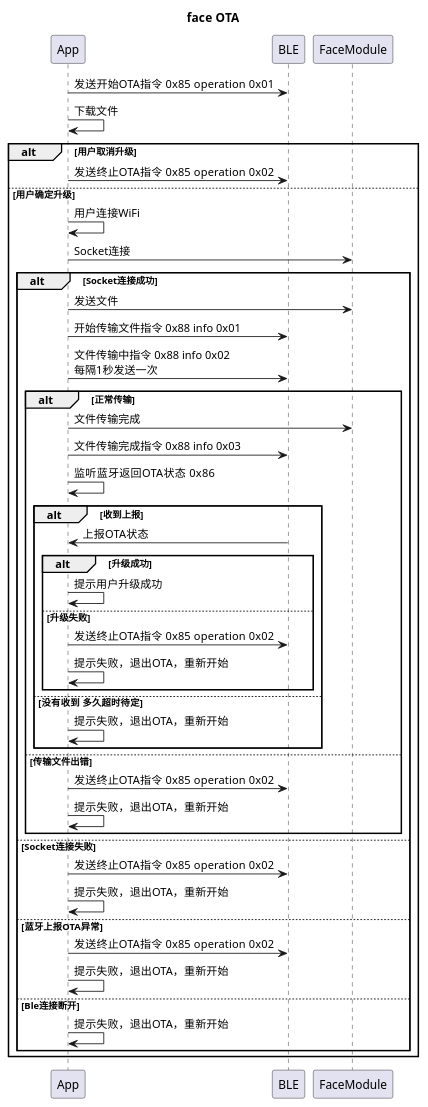
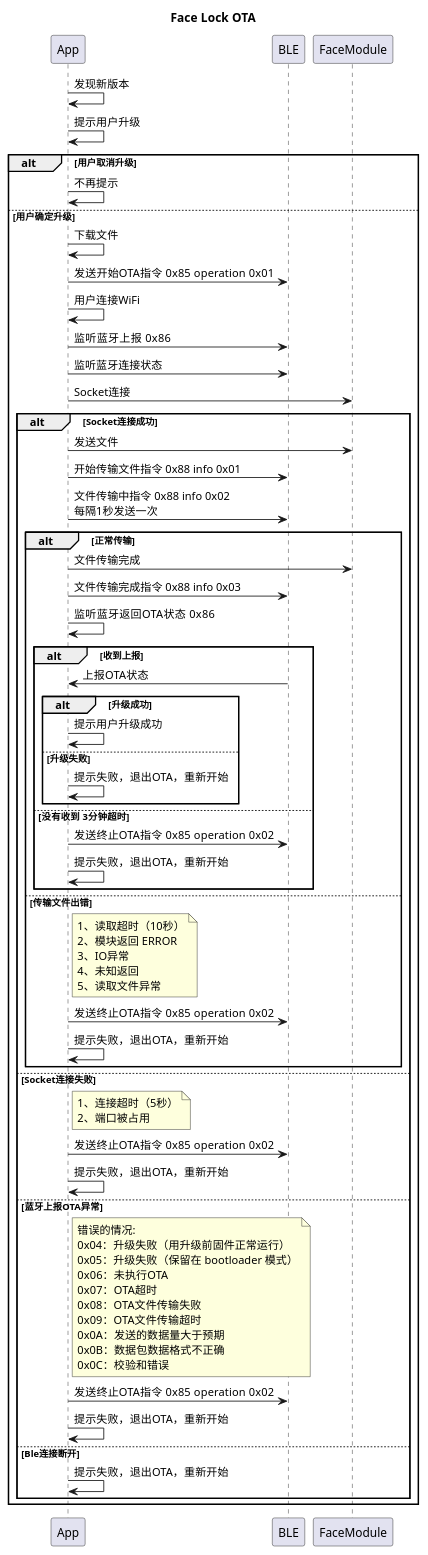
The diagram in app/src/main/java/com/FACE OTA.puml (kakabuli/LockHomeKey), drawn with PlantUML before and after one commit. The commit also changed 16 other files, not shown here.

```diff
--- a/app/src/main/java/com/FACE OTA.puml
+++ b/app/src/main/java/com/FACE OTA.puml
@@ -1,43 +1,51 @@
 @startuml
-title face OTA
-    App->BLE: 发送开始OTA指令  0x85 operation 0x01
-    App->App: 下载文件
+title Face Lock OTA
+    App->App: 发现新版本
+    App->App: 提示用户升级
     alt  用户取消升级
-         App->BLE: 发送终止OTA指令  0x85 operation 0x02
+        App->App:不再提示
     else 用户确定升级
-            App->App:用户连接WiFi
+         App->App: 下载文件
+         App->BLE: 发送开始OTA指令  0x85 operation 0x01
+         App->App:用户连接WiFi
+         App->BLE: 监听蓝牙上报  0x86
+'            note right of App: 以下三种情况忽略: \n  0x01：就绪；\n  0x02：正接收升级固件包；\n  0x03：正在往flash写数据；
+         App->BLE: 监听蓝牙连接状态
          App->FaceModule: Socket连接
          alt  Socket连接成功
              App->FaceModule: 发送文件
              App->BLE: 开始传输文件指令 0x88 info 0x01
              App->BLE: 文件传输中指令 0x88 info 0x02 \n每隔1秒发送一次
              alt 正常传输
                  App->FaceModule: 文件传输完成
                  App->BLE: 文件传输完成指令 0x88 info 0x03
                  App->App: 监听蓝牙返回OTA状态  0x86
                  alt 收到上报
                     BLE->App: 上报OTA状态
                        alt 升级成功
                           App->App: 提示用户升级成功
                        else  升级失败
-                          App->BLE: 发送终止OTA指令  0x85 operation 0x02
                           App->App: 提示失败，退出OTA，重新开始
                        end
-                 else 没有收到  多久超时待定
-                     App->App: 提示失败，退出OTA，重新开始
+                 else 没有收到  3分钟超时
+                    App->BLE: 发送终止OTA指令  0x85 operation 0x02
+                    App->App: 提示失败，退出OTA，重新开始
                  end
              else  传输文件出错
+               note right of App: 1、读取超时（10秒）\n2、模块返回 ERROR \n3、IO异常 \n4、未知返回\n5、读取文件异常
                 App->BLE: 发送终止OTA指令  0x85 operation 0x02
                 App->App: 提示失败，退出OTA，重新开始
              end
          else  Socket连接失败
+            note right of App: 1、连接超时（5秒）\n2、端口被占用
              App->BLE: 发送终止OTA指令  0x85 operation 0x02
              App->App: 提示失败，退出OTA，重新开始
          else  蓝牙上报OTA异常
+            note right of App: 错误的情况: \n0x04：升级失败（用升级前固件正常运行） \n0x05：升级失败（保留在 bootloader 模式）\n0x06：未执行OTA \n0x07：OTA超时 \n0x08：OTA文件传输失败 \n0x09：OTA文件传输超时 \n0x0A：发送的数据量大于预期 \n0x0B：数据包数据格式不正确 \n0x0C：校验和错误
              App->BLE: 发送终止OTA指令  0x85 operation 0x02
              App->App: 提示失败，退出OTA，重新开始
          else  Ble连接断开
              App->App: 提示失败，退出OTA，重新开始
          end
     end
 @enduml
```
